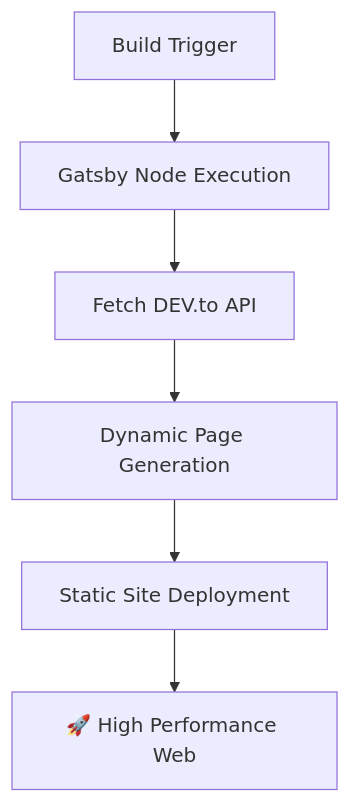
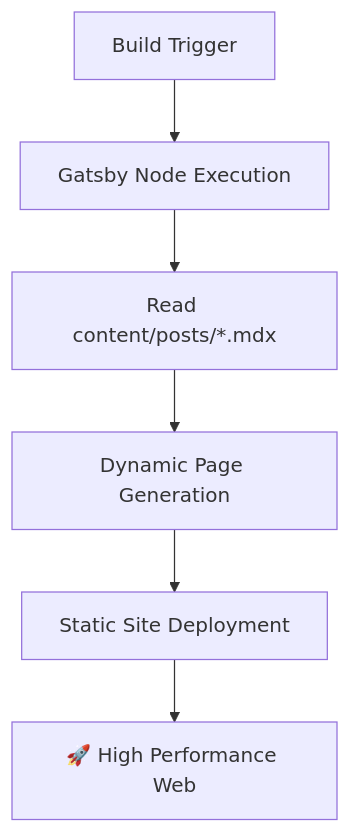
One commit to thiagocolen/thiagocolen.github.io changed the diagram in README.md. Above: the diagram before and after it, drawn with Mermaid. The commit also changed other lines of this file and 32 other files, not shown here.

````diff
--- a/README.md
+++ b/README.md
@@ -50,8 +64,8 @@
 ```mermaid
 graph TD
     A[Build Trigger] --> B[Gatsby Node Execution]
-    B --> C[Fetch DEV.to API]
+    B --> C[Read content/posts/*.mdx]
     C --> D[Dynamic Page Generation]
     D --> E[Static Site Deployment]
     E --> F[🚀 High Performance Web]
 ```
````
